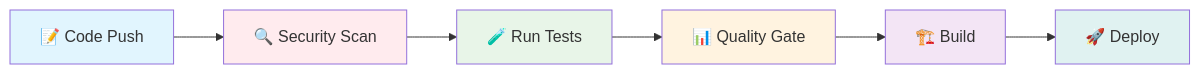
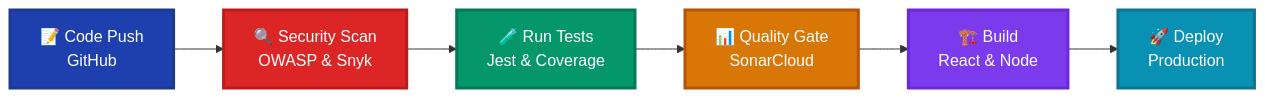
Before and after one commit to ST10255814/insy7314-final-poe: the second of 3 diagrams in README.md, drawn with Mermaid. The commit also changed other lines of this file, not shown here.

Commit message:
refactor: update README to enhance team member roles, add system architecture diagram, and improve API documentation

````diff
--- a/README.md
+++ b/README.md
@@ -377,15 +353,15 @@
 ```mermaid
 graph LR
-    A[📝 Code Push] --> B[🔍 Security Scan]
-    B --> C[🧪 Run Tests]
-    C --> D[📊 Quality Gate]
-    D --> E[🏗️ Build]
-    E --> F[🚀 Deploy]
+    A[📝 Code Push<br/>GitHub] --> B[🔍 Security Scan<br/>OWASP & Snyk]
+    B --> C[🧪 Run Tests<br/>Jest & Coverage]
+    C --> D[📊 Quality Gate<br/>SonarCloud]
+    D --> E[🏗️ Build<br/>React & Node]
+    E --> F[🚀 Deploy<br/>Production]
     
-    style A fill:#e1f5fe
-    style B fill:#ffebee
-    style C fill:#e8f5e8
-    style D fill:#fff3e0
-    style E fill:#f3e5f5
-    style F fill:#e0f2f1
+    style A fill:#1e40af,stroke:#1e3a8a,stroke-width:3px,color:#fff
+    style B fill:#dc2626,stroke:#b91c1c,stroke-width:3px,color:#fff
+    style C fill:#059669,stroke:#047857,stroke-width:3px,color:#fff
+    style D fill:#d97706,stroke:#b45309,stroke-width:3px,color:#fff
+    style E fill:#7c3aed,stroke:#6d28d9,stroke-width:3px,color:#fff
+    style F fill:#0891b2,stroke:#0e7490,stroke-width:3px,color:#fff
 ```
````
